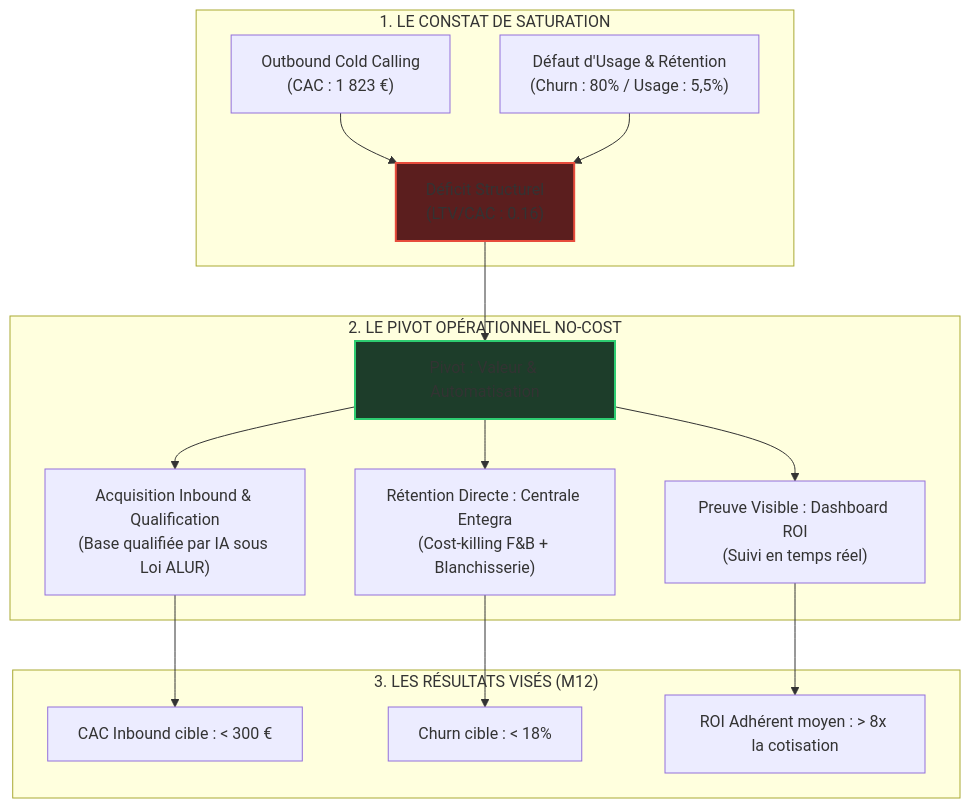
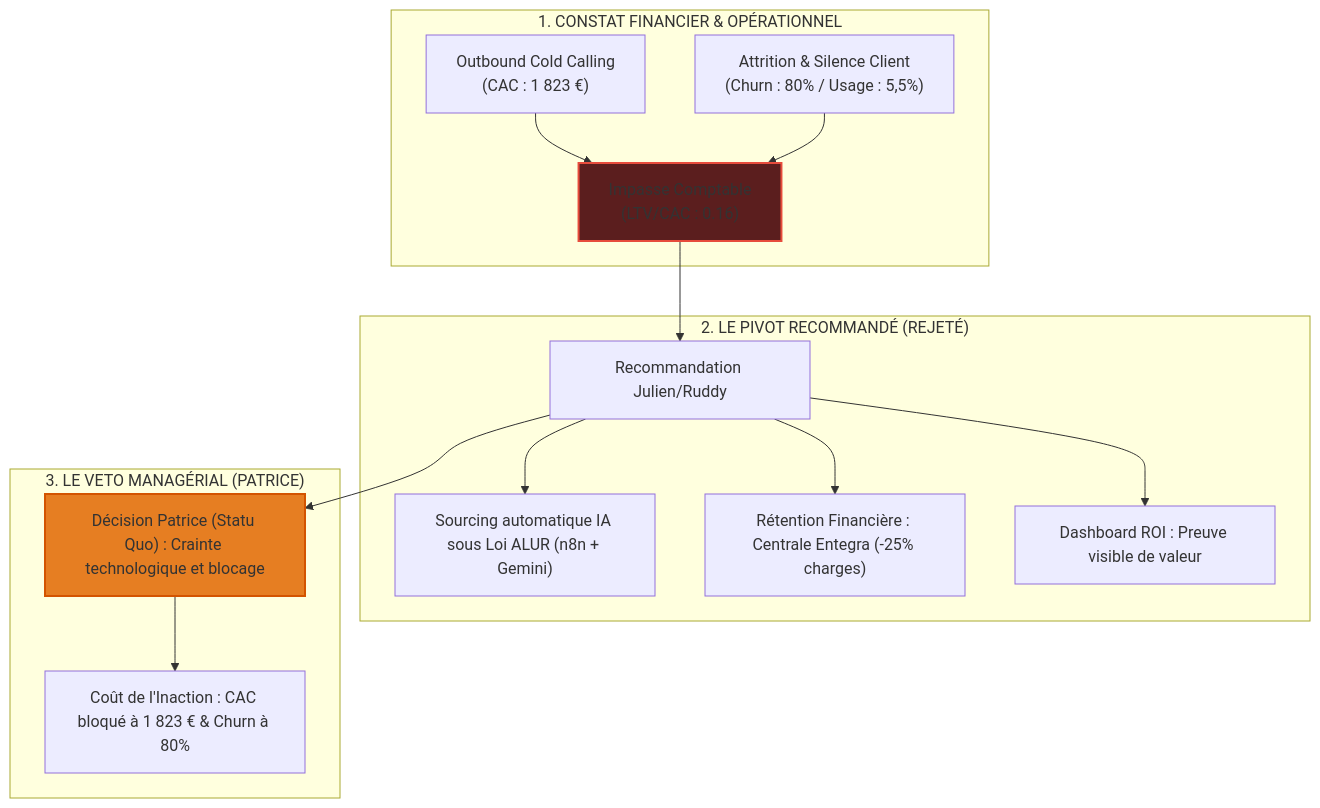
The diagram in Projets/Memoire-Bachelor/03_Travail/mémoire/RDM 3.0/Markdown/synthese_soutenance_pitch.md (julienflorenceflorence-oss/PALESTRIA), drawn with Mermaid before and after one commit. The commit also changed other lines of this file and 3 other files, not shown here.

Commit message:
Commit measured pitch trame & slides based on executive veto of Patrice

````diff
--- a/Projets/Memoire-Bachelor/03_Travail/mémoire/RDM 3.0/Markdown/synthese_soutenance_pitch.md
+++ b/Projets/Memoire-Bachelor/03_Travail/mémoire/RDM 3.0/Markdown/synthese_soutenance_pitch.md
@@ -14,20 +14,19 @@
 ```mermaid
 graph TD
-    subgraph Diagnostic ["1. LE CONSTAT DE SATURATION"]
-        A["Outbound Cold Calling<br>(CAC : 1 823 €)"] --> C["Déficit Structurel<br>(LTV/CAC : 0.16)"]
-        B["Défaut d'Usage & Rétention<br>(Churn : 80% / Usage : 5,5%)"] --> C
+    subgraph Diagnostic ["1. CONSTAT FINANCIER & OPÉRATIONNEL"]
+        A["Outbound Cold Calling<br>(CAC : 1 823 €)"] --> C["Impasse Comptable<br>(LTV/CAC : 0.16)"]
+        B["Attrition & Silence Client<br>(Churn : 80% / Usage : 5,5%)"] --> C
     end
-    subgraph Solution ["2. LE PIVOT OPÉRATIONNEL NO-COST"]
-        C --> D["Pivot : Valeur & Automatisation"]
-        D --> E["Acquisition Inbound & Qualification<br>(Base qualifiée par IA sous Loi ALUR)"]
-        D --> F["Rétention Directe : Centrale Entegra<br>(Cost-killing F&B + Blanchisserie)"]
-        D --> G["Preuve Visible : Dashboard ROI<br>(Suivi en temps réel)"]
+    subgraph Proposition ["2. LE PIVOT RECOMMANDÉ (REJETÉ)"]
+        C --> D["Recommandation Julien/Ruddy"]
+        D --> E["Sourcing automatique IA sous Loi ALUR (n8n + Gemini)"]
+        D --> F["Rétention Financière : Centrale Entegra (-25% charges)"]
+        D --> G["Dashboard ROI : Preuve visible de valeur"]
     end
-    subgraph Impact ["3. LES RÉSULTATS VISÉS (M12)"]
-        E --> H["CAC Inbound cible : < 300 €"]
-        F --> I["Churn cible : < 18%"]
-        G --> J["ROI Adhérent moyen : > 8x la cotisation"]
+    subgraph Friction ["3. LE VETO MANAGÉRIAL (PATRICE)"]
+        D --> H["Décision Patrice (Statu Quo) : Crainte technologique et blocage"]
+        H --> I["Coût de l'Inaction : CAC bloqué à 1 823 € & Churn à 80%"]
     end
     style C fill:#5b1e1e,stroke:#e74c3c,stroke-width:2px;
-    style D fill:#1d3d2a,stroke:#2ecc71,stroke-width:2px;
+    style H fill:#e67e22,stroke:#d35400,stroke-width:2px;
 ```
````
